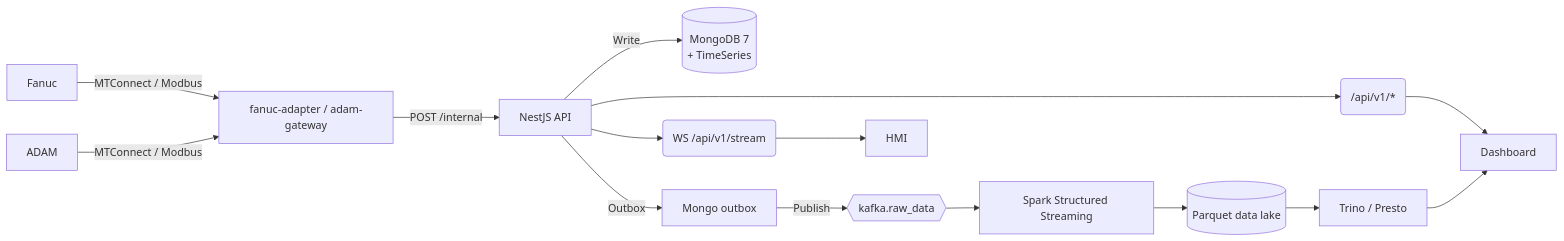
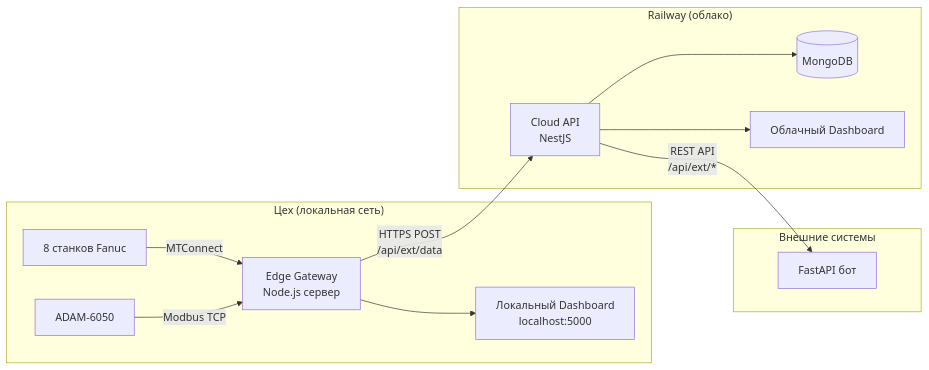
One commit to Andrey2Ch/mtconnect-core changed the diagram in ARCHITECTURE.md. Above: the diagram before and after it, drawn with Mermaid. The commit also changed other lines of this file and 52 other files, not shown here.

First line of the commit message:
feat: Настройка NestJS Cloud API для Railway деплоя

````diff
--- a/ARCHITECTURE.md
+++ b/ARCHITECTURE.md
@@ -32,13 +32,29 @@
 ```mermaid
 flowchart LR
-    Fanuc & ADAM -->|MTConnect / Modbus| Ingest[fanuc-adapter / adam-gateway]
-    Ingest -->|POST /internal| CoreAPI[NestJS API]
-    CoreAPI -->|Write| Mongo[(MongoDB 7<br>+ TimeSeries)]
-    CoreAPI -->|Outbox| Outbox[Mongo outbox]
-    Outbox -->|Publish| Kafka{{kafka.raw_data}}
-    Kafka --> Spark[Spark Structured Streaming]
-    Spark --> Parquet[(Parquet data lake)]
-    CoreAPI --> WS(WS /api/v1/stream) --> HMI
-    CoreAPI --> REST(/api/v1/*) --> Dashboard
-    Parquet --> Trino[Trino / Presto] --> Dashboard
+    subgraph "Цех (локальная сеть)"
+        Fanuc[8 станков Fanuc]
+        ADAM[ADAM-6050]
+        EdgeGW[Edge Gateway<br/>Node.js сервер]
+        LocalDash[Локальный Dashboard<br/>localhost:5000]
+        
+        Fanuc -->|MTConnect| EdgeGW
+        ADAM -->|Modbus TCP| EdgeGW
+        EdgeGW --> LocalDash
+    end
+    
+    subgraph "Railway (облако)"
+        CloudAPI[Cloud API<br/>NestJS]
+        Mongo[(MongoDB)]
+        CloudDash[Облачный Dashboard]
+        
+        CloudAPI --> Mongo
+        CloudAPI --> CloudDash
+    end
+    
+    subgraph "Внешние системы"
+        FastAPI[FastAPI бот]
+    end
+    
+    EdgeGW -->|HTTPS POST<br/>/api/ext/data| CloudAPI
+    CloudAPI -->|REST API<br/>/api/ext/*| FastAPI
 ```
````
